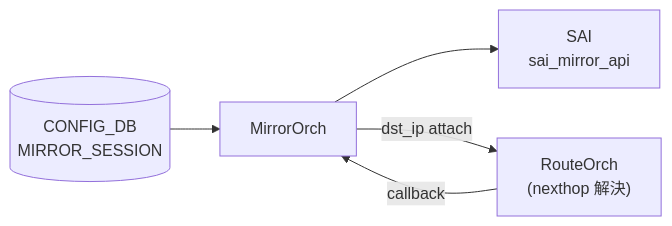
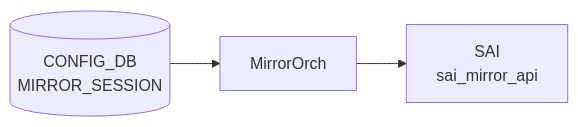
Before and after one commit to aoki-taquan/sonic-unofficial-docs: the diagram in docs/reference/config-db/erspan.md, drawn with Mermaid. The commit also changed other lines of this file and 359 other files, not shown here.

````diff
--- a/docs/reference/config-db/erspan.md
+++ b/docs/reference/config-db/erspan.md
@@ -40,11 +40,8 @@
 ```mermaid
 flowchart LR
   CDB[("CONFIG_DB<br/>MIRROR_SESSION")]
   DM["MirrorOrch"]
   CDB --> DM
   SAI["SAI<br/>sai_mirror_api"]
   DM --> SAI
-  RO["RouteOrch<br/>(nexthop 解決)"]
-  DM -- "dst_ip attach" --> RO
-  RO -- "callback" --> DM
 ```
````
